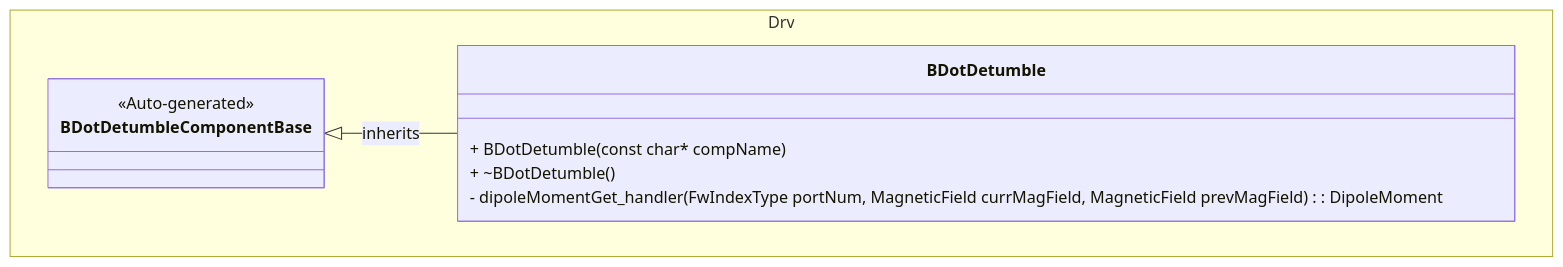
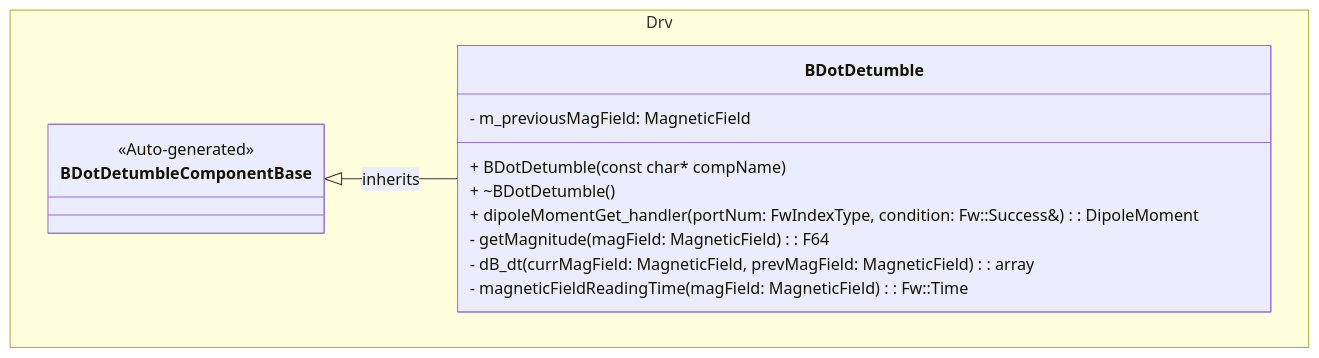
The first of 2 diagrams in FprimeZephyrReference/Components/Drv/BDotDetumble/docs/sdd.md (Open-Source-Space-Foundation/proves-core-reference), drawn with Mermaid before and after one commit. The commit also changed other lines of this file and 4 other files, not shown here.

````diff
--- a/FprimeZephyrReference/Components/Drv/BDotDetumble/docs/sdd.md
+++ b/FprimeZephyrReference/Components/Drv/BDotDetumble/docs/sdd.md
@@ -20,14 +25,18 @@
 ```mermaid
 classDiagram
     namespace Drv {
         class BDotDetumbleComponentBase {
             <<Auto-generated>>
         }
         class BDotDetumble {
             + BDotDetumble(const char* compName)
             + ~BDotDetumble()
-            - dipoleMomentGet_handler(FwIndexType portNum, MagneticField currMagField, MagneticField prevMagField): DipoleMoment
+            + dipoleMomentGet_handler(portNum: FwIndexType, condition: Fw::Success&): DipoleMoment
+            - getMagnitude(magField: MagneticField): F64
+            - dB_dt(currMagField: MagneticField, prevMagField: MagneticField): array<F64,3>
+            - magneticFieldReadingTime(magField: MagneticField): Fw::Time
+            - m_previousMagField: MagneticField
         }
     }
     BDotDetumbleComponentBase <|-- BDotDetumble : inherits
 ```
````
